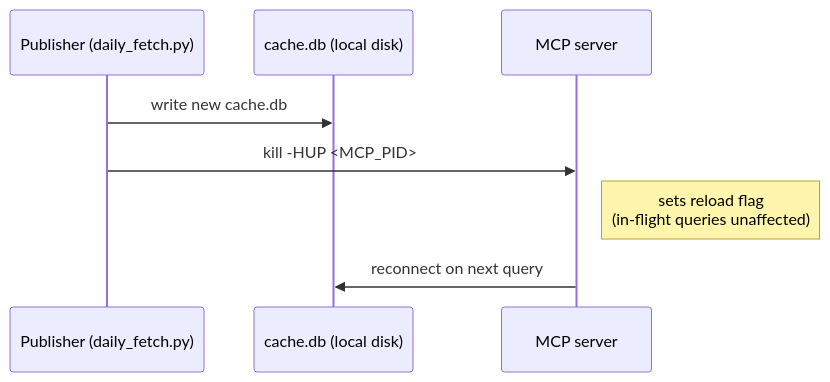
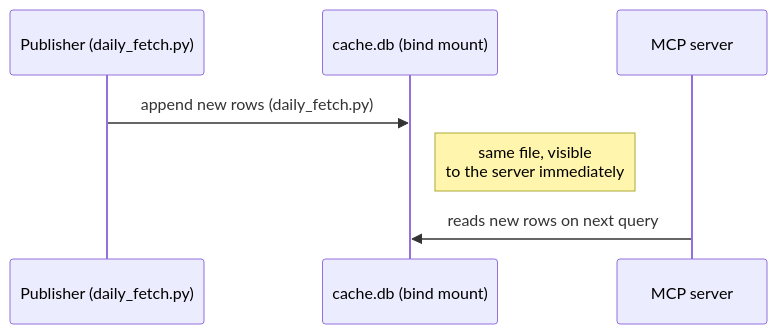
The fourth of 4 diagrams in README.md (shigechika/jquants-mcp), drawn with Mermaid before and after one commit. The commit also changed other lines of this file and 1 other file, not shown here.

First line of the commit message:
docs: separate Docker (direct file update) from local launchd (SIGHUP)

````diff
--- a/README.md
+++ b/README.md
@@ -839,11 +839,10 @@
 ```mermaid
 sequenceDiagram
     participant P as Publisher (daily_fetch.py)
-    participant D as cache.db (local disk)
+    participant D as cache.db (bind mount)
     participant M as MCP server
 
-    P->>D: write new cache.db
-    P->>M: kill -HUP <MCP_PID>
-    Note right of M: sets reload flag<br/>(in-flight queries unaffected)
-    M->>D: reconnect on next query
+    P->>D: append new rows (daily_fetch.py)
+    Note right of D: same file, visible<br/>to the server immediately
+    M->>D: reads new rows on next query
 ```
````
